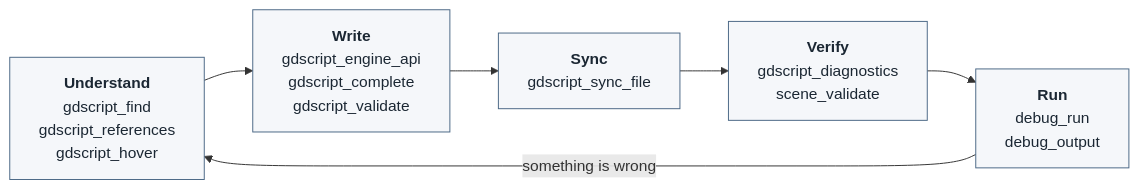
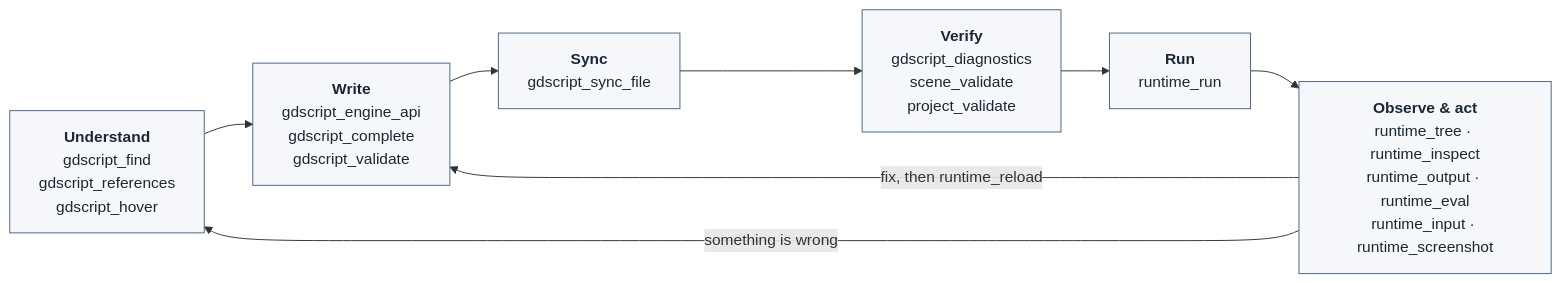
Before and after one commit to pzalutski-pixel/godotlens-mcp: the first of 2 diagrams in README.md, drawn with Mermaid. The commit also changed other lines of this file and 43 other files, not shown here.

First line of the commit message:
1.2.0: run, observe and drive the game; correctness and concurrency fixes

````diff
--- a/README.md
+++ b/README.md
@@ -83,14 +120,16 @@
 ```mermaid
 flowchart LR
     U["<b>Understand</b><br/>gdscript_find<br/>gdscript_references<br/>gdscript_hover"]
     W["<b>Write</b><br/>gdscript_engine_api<br/>gdscript_complete<br/>gdscript_validate"]
     S["<b>Sync</b><br/>gdscript_sync_file"]
-    V["<b>Verify</b><br/>gdscript_diagnostics<br/>scene_validate"]
-    R["<b>Run</b><br/>debug_run<br/>debug_output"]
+    V["<b>Verify</b><br/>gdscript_diagnostics<br/>scene_validate<br/>project_validate"]
+    R["<b>Run</b><br/>runtime_run"]
+    O["<b>Observe &amp; act</b><br/>runtime_tree · runtime_inspect<br/>runtime_output · runtime_eval<br/>runtime_input · runtime_screenshot"]
 
-    U --> W --> S --> V --> R
-    R -- "something is wrong" --> U
+    U --> W --> S --> V --> R --> O
+    O -- "fix, then runtime_reload" --> W
+    O -- "something is wrong" --> U
 
     classDef step fill:#f5f7fa,stroke:#4a6785,stroke-width:1px,color:#1b2733;
-    class U,W,S,V,R step;
+    class U,W,S,V,R,O step;
 ```
````
